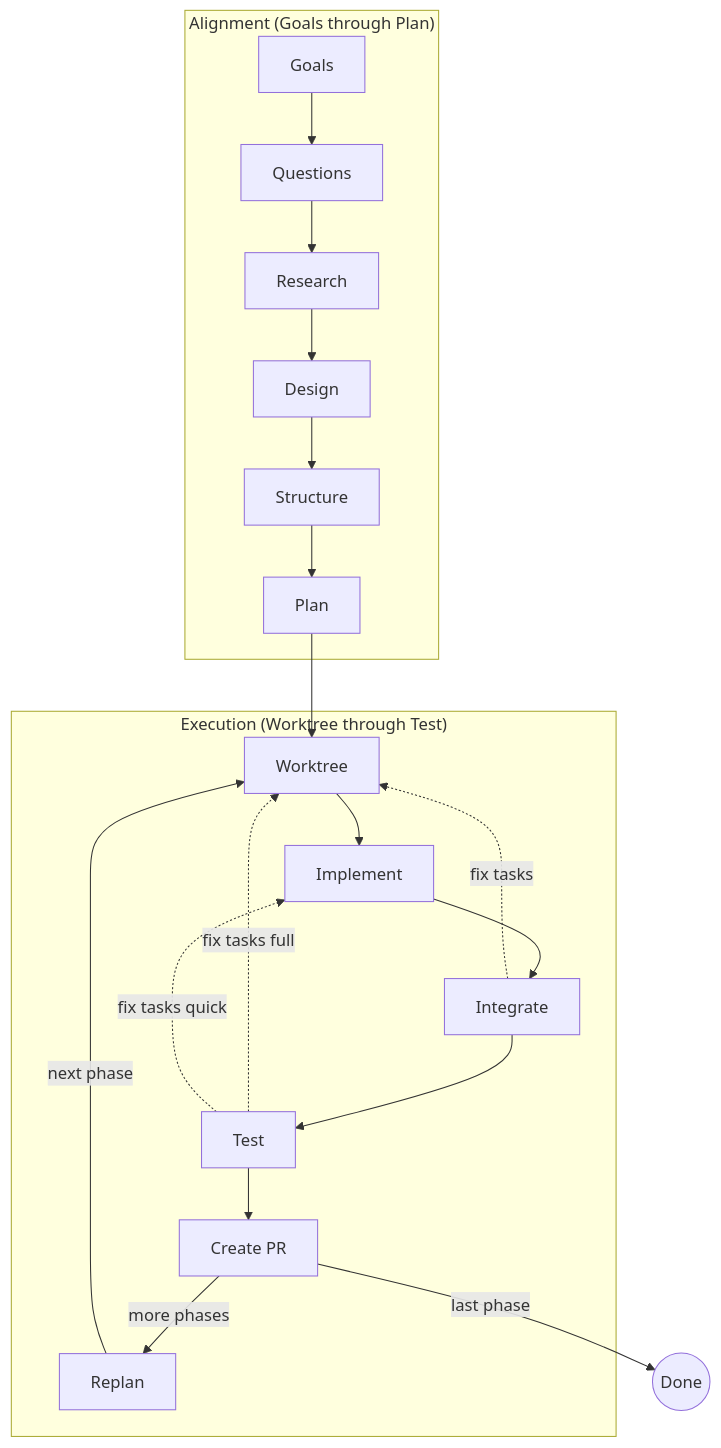
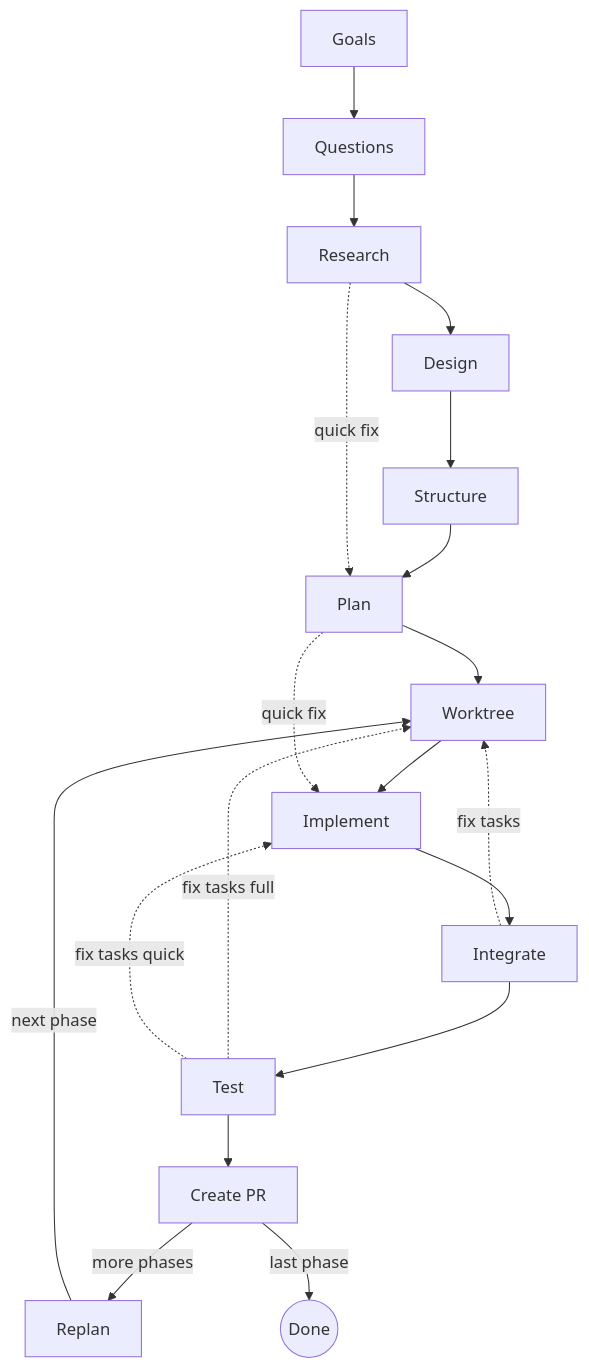
The first of 19 diagrams in README.md (dfrysinger/qrspi-plus), drawn with Mermaid before and after one commit. The commit also changed other lines of this file and 9 other files, not shown here.

````diff
--- a/README.md
+++ b/README.md
@@ -11,23 +11,29 @@
 ```mermaid
 flowchart TD
-    subgraph alignment["Alignment (Goals through Plan)"]
-        Goals[Goals] --> Questions[Questions]
-        Questions --> Research[Research]
-        Research --> Design[Design]
-        Design --> Structure[Structure]
-        Structure --> Plan[Plan]
-    end
-    subgraph execution["Execution (Worktree through Test)"]
-        Worktree[Worktree] --> Implement[Implement]
-        Implement --> Integrate[Integrate]
-        Integrate --> Test[Test]
-        Test --> PR[Create PR]
-        PR -->|more phases| Replan[Replan]
-        Replan -->|next phase| Worktree
-    end
-    Plan --> Worktree
+    %% Alignment
+    Goals[Goals] --> Questions[Questions]
+    Questions --> Research[Research]
+    Research --> Design[Design]
+    Design --> Structure[Structure]
+    Structure --> Plan[Plan]
+
+    %% Quick fix shortcut: Research skips directly to Plan
+    Research -.->|quick fix| Plan
+
+    %% Execution
+    Plan --> Worktree[Worktree]
+    Worktree --> Implement[Implement]
+    Implement --> Integrate[Integrate]
+    Integrate --> Test[Test]
+    Test --> PR[Create PR]
+    PR -->|more phases| Replan[Replan]
+    Replan -->|next phase| Worktree
+
+    %% Quick fix shortcut: Plan skips directly to Implement
+    Plan -.->|quick fix| Implement
+
     PR -->|last phase| Done((Done))
     Integrate -.->|fix tasks| Worktree
     Test -.->|fix tasks full| Worktree
     Test -.->|fix tasks quick| Implement
 ```
````
